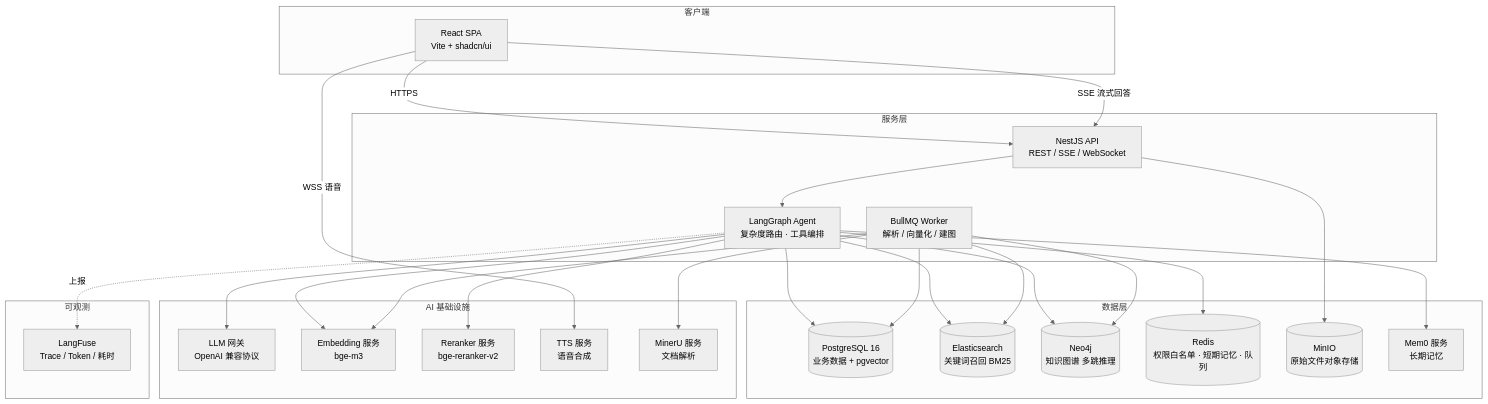
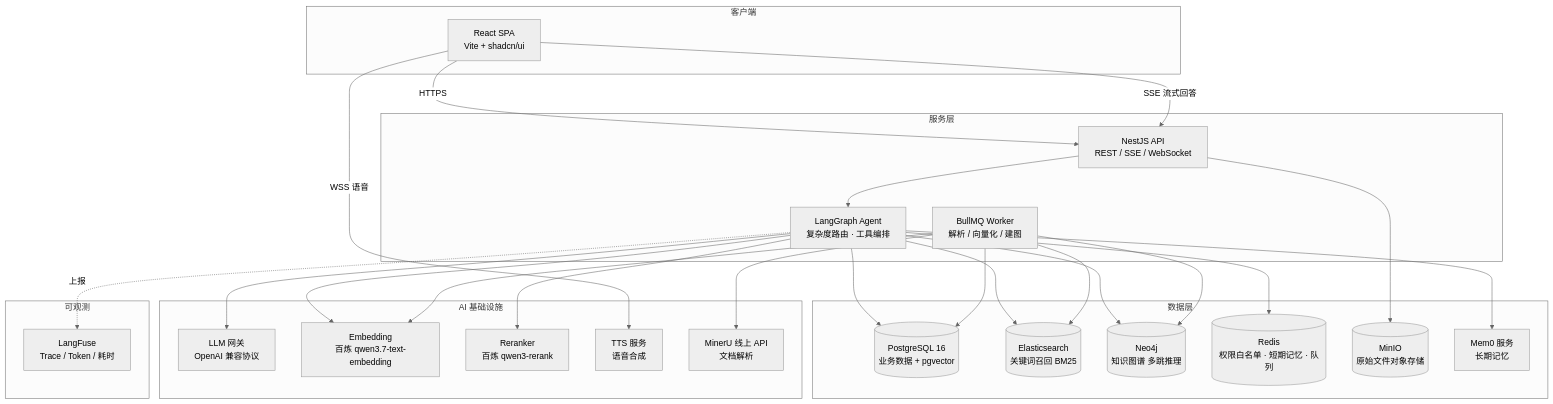
One commit to Fa-haxiki/enterprise-knowlege-hub changed the diagram in README.md. Above: the diagram before and after it, drawn with Mermaid (neutral theme). The commit also changed other lines of this file and 17 other files, not shown here.

First line of the commit message:
feat: AI 基础设施云端化（百炼向量/排序 + MinerU 线上 API）与空间部门挂靠修复

````diff
--- a/README.md
+++ b/README.md
@@ -17,43 +17,43 @@
 ```mermaid
 flowchart TB
     subgraph client [客户端]
         Web["React SPA<br/>Vite + shadcn/ui"]
     end
 
     subgraph gateway [服务层]
         API["NestJS API<br/>REST / SSE / WebSocket"]
         Agent["LangGraph Agent<br/>复杂度路由 · 工具编排"]
         Worker["BullMQ Worker<br/>解析 / 向量化 / 建图"]
     end
 
     subgraph data [数据层]
         PG[("PostgreSQL 16<br/>业务数据 + pgvector")]
         ES[("Elasticsearch<br/>关键词召回 BM25")]
         Neo4j[("Neo4j<br/>知识图谱 多跳推理")]
         Redis[("Redis<br/>权限白名单 · 短期记忆 · 队列")]
         MinIO[("MinIO<br/>原始文件对象存储")]
         Mem0["Mem0 服务<br/>长期记忆"]
     end
 
     subgraph ai [AI 基础设施]
         LLM["LLM 网关<br/>OpenAI 兼容协议"]
-        Embed["Embedding 服务<br/>bge-m3"]
-        Rerank["Reranker 服务<br/>bge-reranker-v2"]
+        Embed["Embedding<br/>百炼 qwen3.7-text-embedding"]
+        Rerank["Reranker<br/>百炼 qwen3-rerank"]
         TTS["TTS 服务<br/>语音合成"]
-        MinerU["MinerU 服务<br/>文档解析"]
+        MinerU["MinerU 线上 API<br/>文档解析"]
     end
 
     subgraph obs [可观测]
         LangFuse["LangFuse<br/>Trace / Token / 耗时"]
     end
 
     Web -->|HTTPS| API
     Web -->|SSE 流式回答| API
     Web -->|WSS 语音| TTS
     API --> Agent
     Agent --> PG & ES & Neo4j & Redis & Mem0
     Agent --> LLM & Embed & Rerank
     API --> MinIO
     Worker --> MinerU & Embed & PG & ES & Neo4j
     Agent -.上报.-> LangFuse
 ```
````
